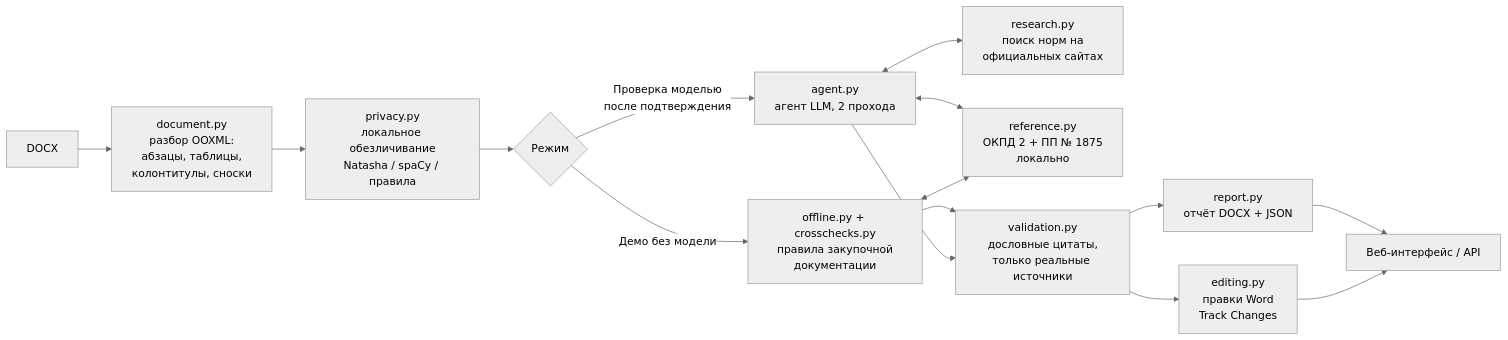
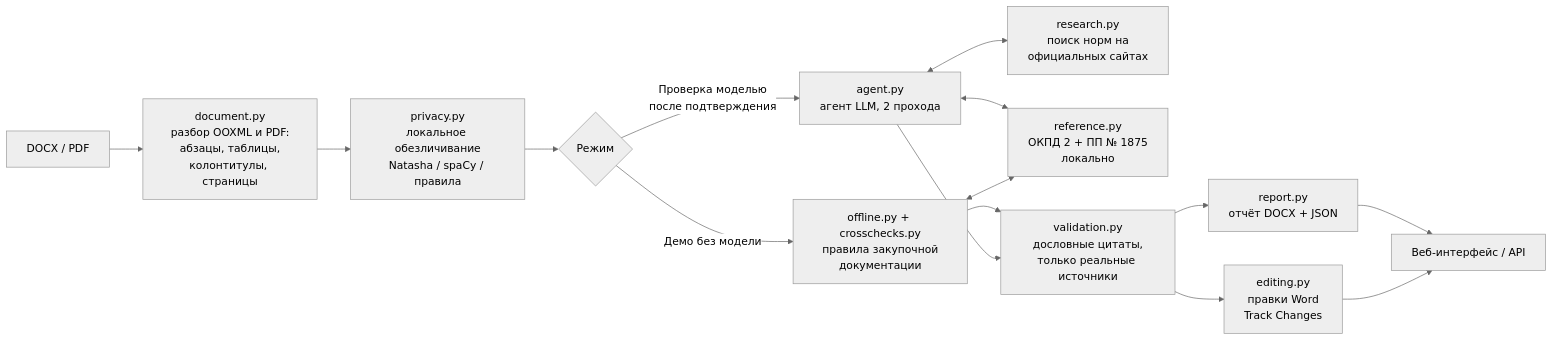
Before and after one commit to ZlatikObr/hakaton: the diagram in README.md, drawn with Mermaid (neutral theme). The commit also changed other lines of this file and 14 other files, not shown here.

````diff
--- a/README.md
+++ b/README.md
@@ -180,17 +182,17 @@
 ```mermaid
 flowchart LR
-    A[DOCX] --> B[document.py<br/>разбор OOXML:<br/>абзацы, таблицы,<br/>колонтитулы, сноски]
+    A[DOCX / PDF] --> B[document.py<br/>разбор OOXML и PDF:<br/>абзацы, таблицы,<br/>колонтитулы, страницы]
     B --> C[privacy.py<br/>локальное обезличивание<br/>Natasha / spaCy / правила]
     C --> D{Режим}
     D -->|Демо без модели| E[offline.py + crosschecks.py<br/>правила закупочной<br/>документации]
     D -->|Проверка моделью<br/>после подтверждения| F[agent.py<br/>агент LLM, 2 прохода]
     F <--> G[research.py<br/>поиск норм на<br/>официальных сайтах]
     F <--> H[reference.py<br/>ОКПД 2 + ПП № 1875<br/>локально]
     E <--> H
     E --> V[validation.py<br/>дословные цитаты,<br/>только реальные источники]
     F --> V
     V --> R[report.py<br/>отчёт DOCX + JSON]
     V --> W[editing.py<br/>правки Word<br/>Track Changes]
     R --> U[Веб-интерфейс / API]
     W --> U
 ```
````
